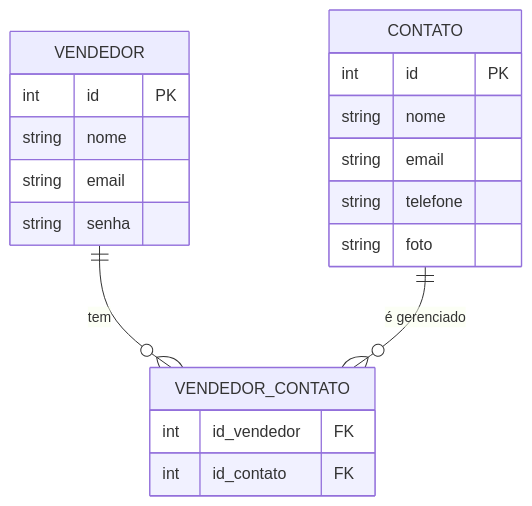
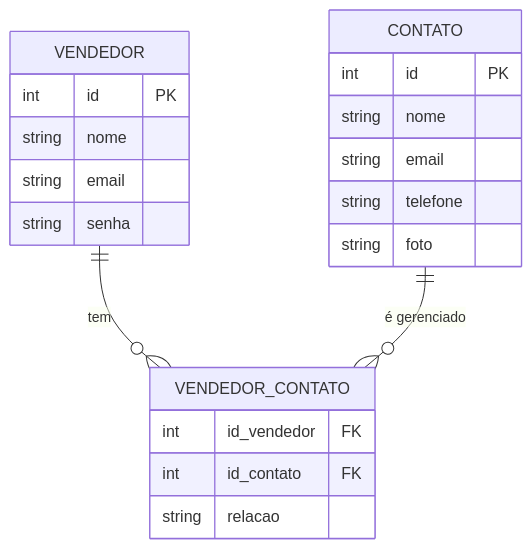
The diagram in README.md (zeine-inc/developer-challenge), drawn with Mermaid before and after one commit. The commit also changed other lines of this file, not shown here.

````diff
--- a/README.md
+++ b/README.md
@@ -17,25 +17,26 @@
 ```mermaid
 erDiagram
     VENDEDOR {
         int id PK
         string nome
         string email
         string senha
     }
 
     CONTATO {
         int id PK
         string nome
         string email
         string telefone
         string foto
     }
 
     VENDEDOR_CONTATO {
         int id_vendedor FK
         int id_contato FK
+        string relacao
     }
 
     VENDEDOR ||--o{ VENDEDOR_CONTATO : "tem"
     CONTATO ||--o{ VENDEDOR_CONTATO : "é gerenciado"
 ```
````
